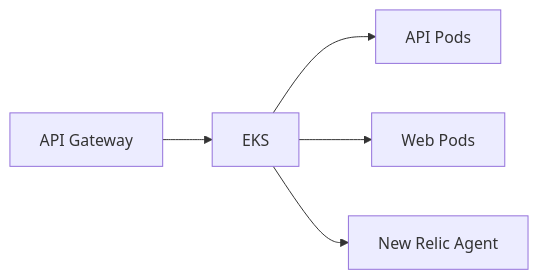
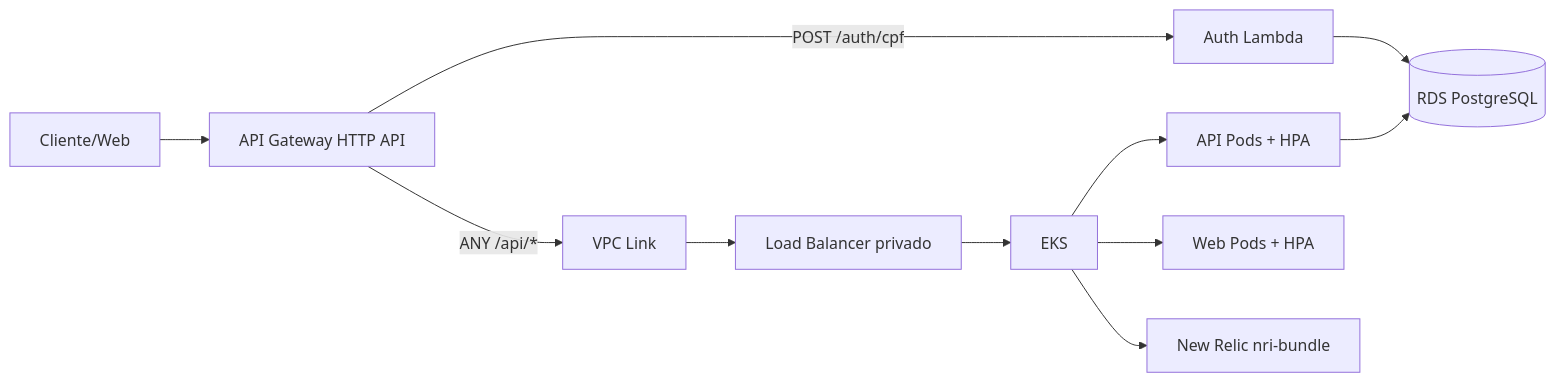
Before and after one commit to yxsbx/SOAT-FIAP-autocare-infra-k8s: the diagram in README.md, drawn with Mermaid. The commit also changed other lines of this file and 10 other files, not shown here.

````diff
--- a/README.md
+++ b/README.md
@@ -26,7 +53,13 @@
 ```mermaid
 flowchart LR
-  Gateway[API Gateway] --> EKS[EKS]
-  EKS --> API[API Pods]
-  EKS --> Web[Web Pods]
-  EKS --> NR[New Relic Agent]
+  Client[Cliente/Web] --> Gateway[API Gateway HTTP API]
+  Gateway -->|POST /auth/cpf| Lambda[Auth Lambda]
+  Gateway -->|ANY /api/*| VpcLink[VPC Link]
+  VpcLink --> ApiLb[Load Balancer privado]
+  ApiLb --> EKS[EKS]
+  EKS --> API[API Pods + HPA]
+  EKS --> Web[Web Pods + HPA]
+  EKS --> NR[New Relic nri-bundle]
+  API --> DB[(RDS PostgreSQL)]
+  Lambda --> DB
 ```
````
